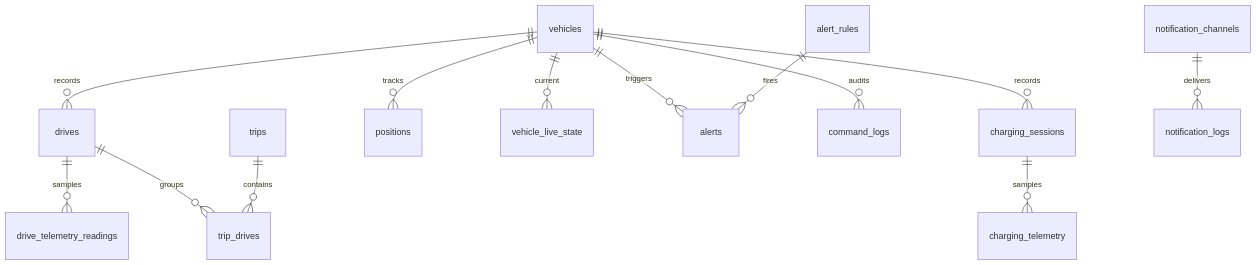
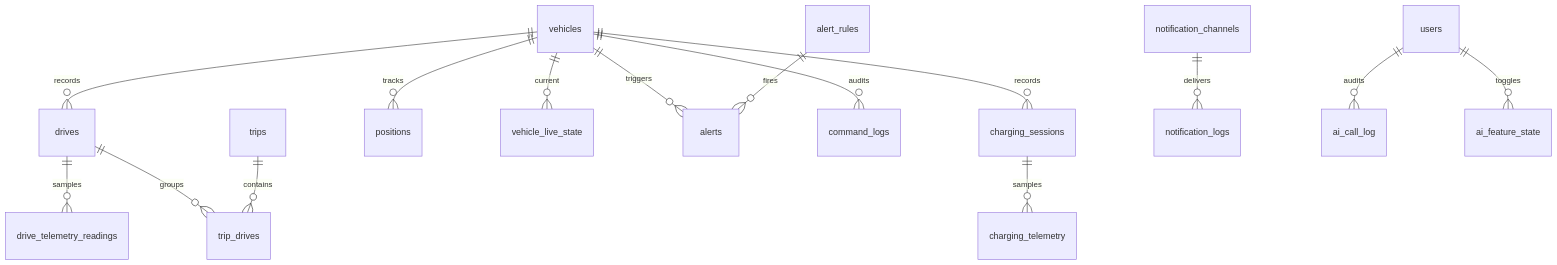
The seventh of 8 diagrams in docs/guide/diagrams.md (ev-dev-labs/teslasync), drawn with Mermaid before and after one commit. The commit also changed other lines of this file and 35 other files, not shown here.

````diff
--- a/docs/guide/diagrams.md
+++ b/docs/guide/diagrams.md
@@ -83,15 +136,17 @@
 ```mermaid
 erDiagram
     vehicles ||--o{ drives : records
     vehicles ||--o{ charging_sessions : records
     vehicles ||--o{ positions : tracks
     vehicles ||--o{ vehicle_live_state : current
     vehicles ||--o{ alerts : triggers
     vehicles ||--o{ command_logs : audits
     drives ||--o{ drive_telemetry_readings : samples
     drives ||--o{ trip_drives : groups
     trips ||--o{ trip_drives : contains
     charging_sessions ||--o{ charging_telemetry : samples
     notification_channels ||--o{ notification_logs : delivers
     alert_rules ||--o{ alerts : fires
+    users ||--o{ ai_call_log : audits
+    users ||--o{ ai_feature_state : toggles
 ```
````
